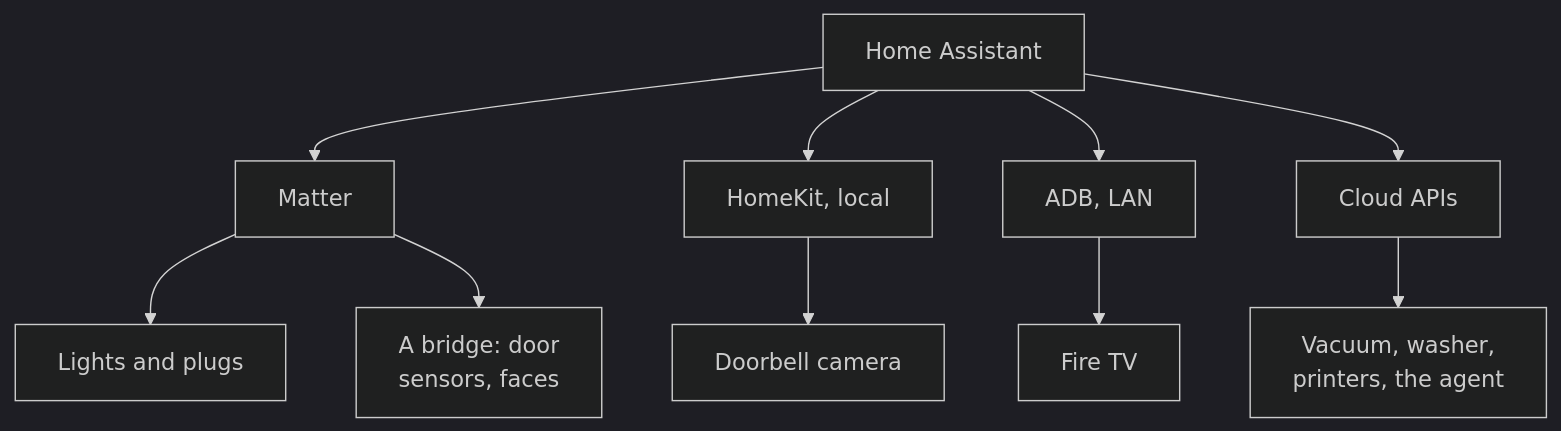
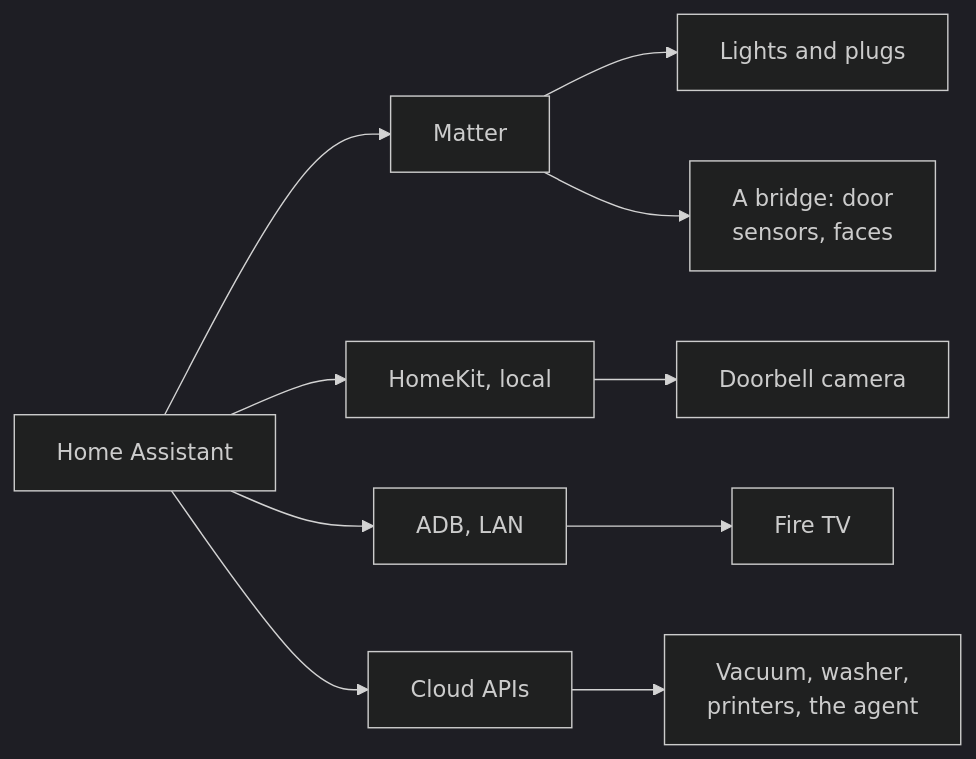
Before and after one commit to SettlingAbyss96/fosters-home-hub: the second of 3 diagrams in docs/architecture.md, drawn with Mermaid (dark theme). The commit also changed other lines of this file and 4 other files, not shown here.

First line of the commit message:
Flowcharts: no overlapping labels, nothing under GitHub's zoom buttons

````diff
--- a/docs/architecture.md
+++ b/docs/architecture.md
@@ -63,12 +65,8 @@
 ```mermaid
-flowchart TD
-    HA[Home Assistant] --> MT[Matter]
-    HA --> HK[HomeKit, local]
-    HA --> ADB[ADB, LAN]
-    HA --> CL[Cloud APIs]
-    MT --> T[Lights and plugs]
-    MT --> B[A bridge: door<br/>sensors, faces]
+flowchart LR
+    HA[Home Assistant] --> MT[Matter] & HK[HomeKit, local] & ADB[ADB, LAN] & CL[Cloud APIs]
+    MT --> T[Lights and plugs] & B[A bridge: door<br/>sensors, faces]
     HK --> D[Doorbell camera]
     ADB --> TV[Fire TV]
     CL --> C[Vacuum, washer,<br/>printers, the agent]
 ```
````
